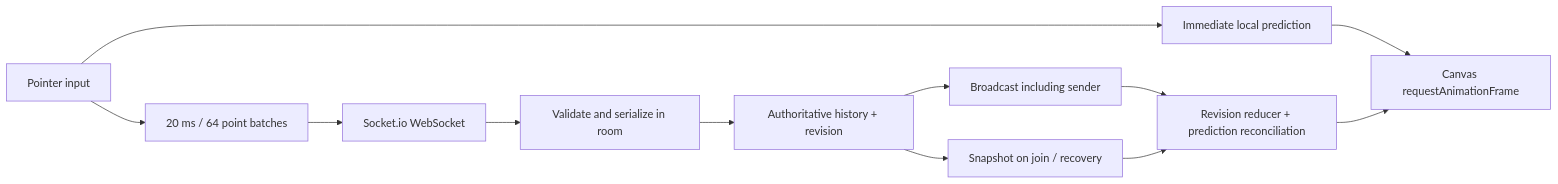
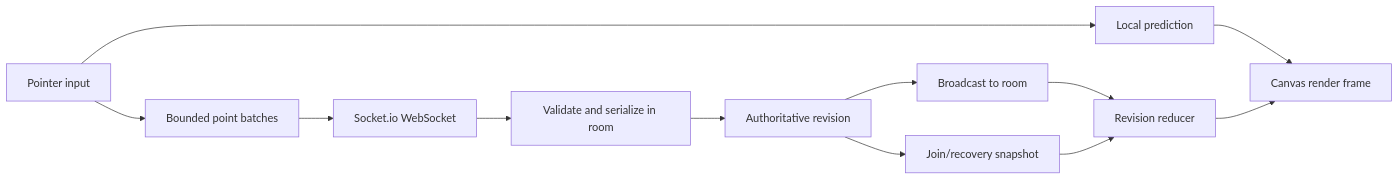
One commit to Googieman/Group-Canva changed the diagram in ARCHITECTURE.md. Above: the diagram before and after it, drawn with Mermaid. The commit also changed other lines of this file and 1 other file, not shown here.

````diff
--- a/ARCHITECTURE.md
+++ b/ARCHITECTURE.md
@@ -5,14 +5,14 @@
 ```mermaid
 flowchart LR
-  P[Pointer input] --> L[Immediate local prediction]
-  P --> B[20 ms / 64 point batches]
+  P[Pointer input] --> L[Local prediction]
+  P --> B[Bounded point batches]
   B --> W[Socket.io WebSocket]
   W --> S[Validate and serialize in room]
-  S --> H[Authoritative history + revision]
-  H --> E[Broadcast including sender]
-  E --> R[Revision reducer + prediction reconciliation]
-  L --> C[Canvas requestAnimationFrame]
-  R --> C
-  H --> N[Snapshot on join / recovery]
-  N --> R
+  S --> R[Authoritative revision]
+  R --> E[Broadcast to room]
+  E --> D[Revision reducer]
+  L --> C[Canvas render frame]
+  D --> C
+  R --> H[Join/recovery snapshot]
+  H --> D
 ```
````
